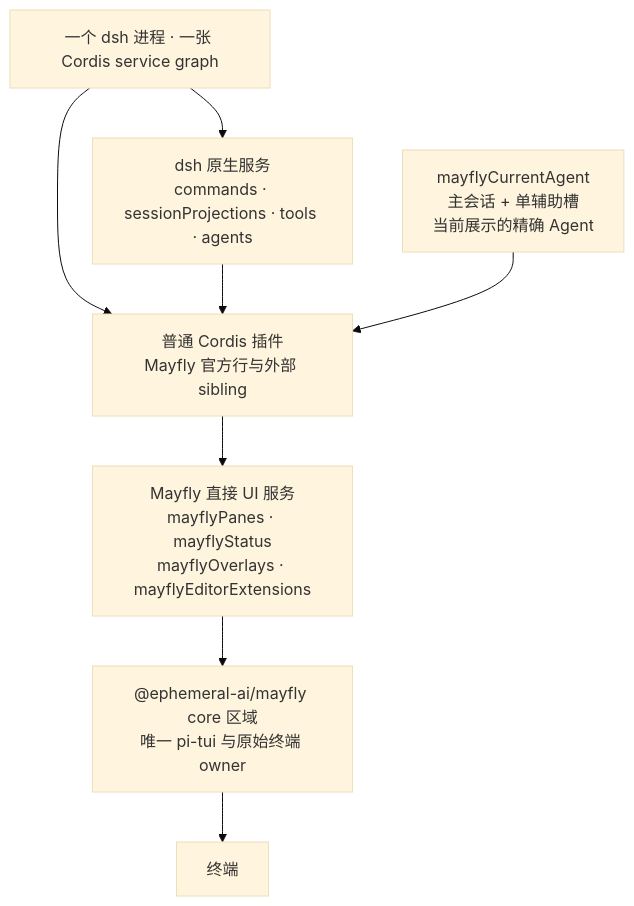
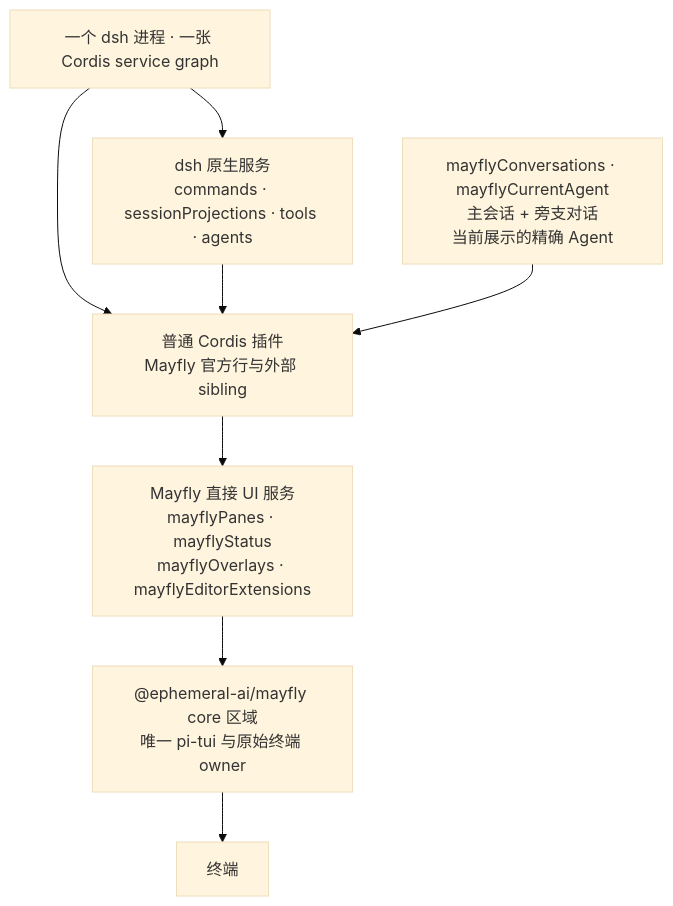
Before and after one commit to Ephemeral-AI-Lab/mayfly: the diagram in README.zh.md, drawn with Mermaid (base theme). The commit also changed other lines of this file and 51 other files, not shown here.

````diff
--- a/README.zh.md
+++ b/README.zh.md
@@ -126,18 +126,18 @@
 ```mermaid
 flowchart TB
     ROOT["一个 dsh 进程 · 一张 Cordis service graph"]
     DSH["dsh 原生服务<br/>commands · sessionProjections · tools · agents"]
     PLUGIN["普通 Cordis 插件<br/>Mayfly 官方行与外部 sibling"]
-    AGENT["mayflyCurrentAgent<br/>主会话 + 单辅助槽<br/>当前展示的精确 Agent"]
+    AGENT["mayflyConversations · mayflyCurrentAgent<br/>主会话 + 旁支对话<br/>当前展示的精确 Agent"]
     UI["Mayfly 直接 UI 服务<br/>mayflyPanes · mayflyStatus<br/>mayflyOverlays · mayflyEditorExtensions"]
     CORE["@ephemeral-ai/mayfly core 区域<br/>唯一 pi-tui 与原始终端 owner"]
     TERM["终端"]
 
     ROOT --> DSH
     ROOT --> PLUGIN
     DSH --> PLUGIN
     AGENT --> PLUGIN
     PLUGIN --> UI
     UI --> CORE
     CORE --> TERM
 ```
````
